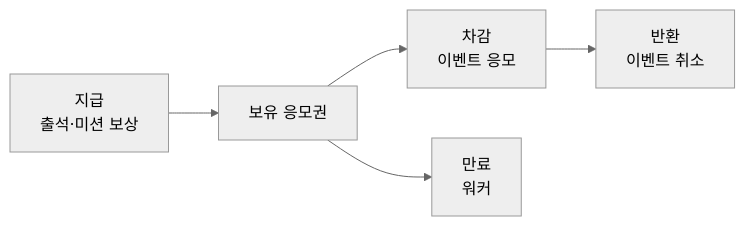
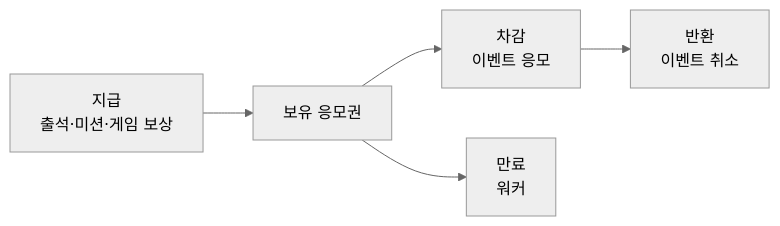
Diagram 12 of 27 in README.md (Uplus-GETDDO/getddo-be), drawn with Mermaid (neutral theme) before and after one commit. The commit also changed other lines of this file and 2 other files, not shown here.

````diff
--- a/README.md
+++ b/README.md
@@ -504,7 +749,7 @@
 ```mermaid
 flowchart LR
-    Grant["지급<br/>출석·미션 보상"] --> Hold["보유 응모권"]
+    Grant["지급<br/>출석·미션·게임 보상"] --> Hold["보유 응모권"]
     Hold --> Use["차감<br/>이벤트 응모"]
     Use --> Refund["반환<br/>이벤트 취소"]
     Hold --> Expire["만료<br/>워커"]
 ```
````
